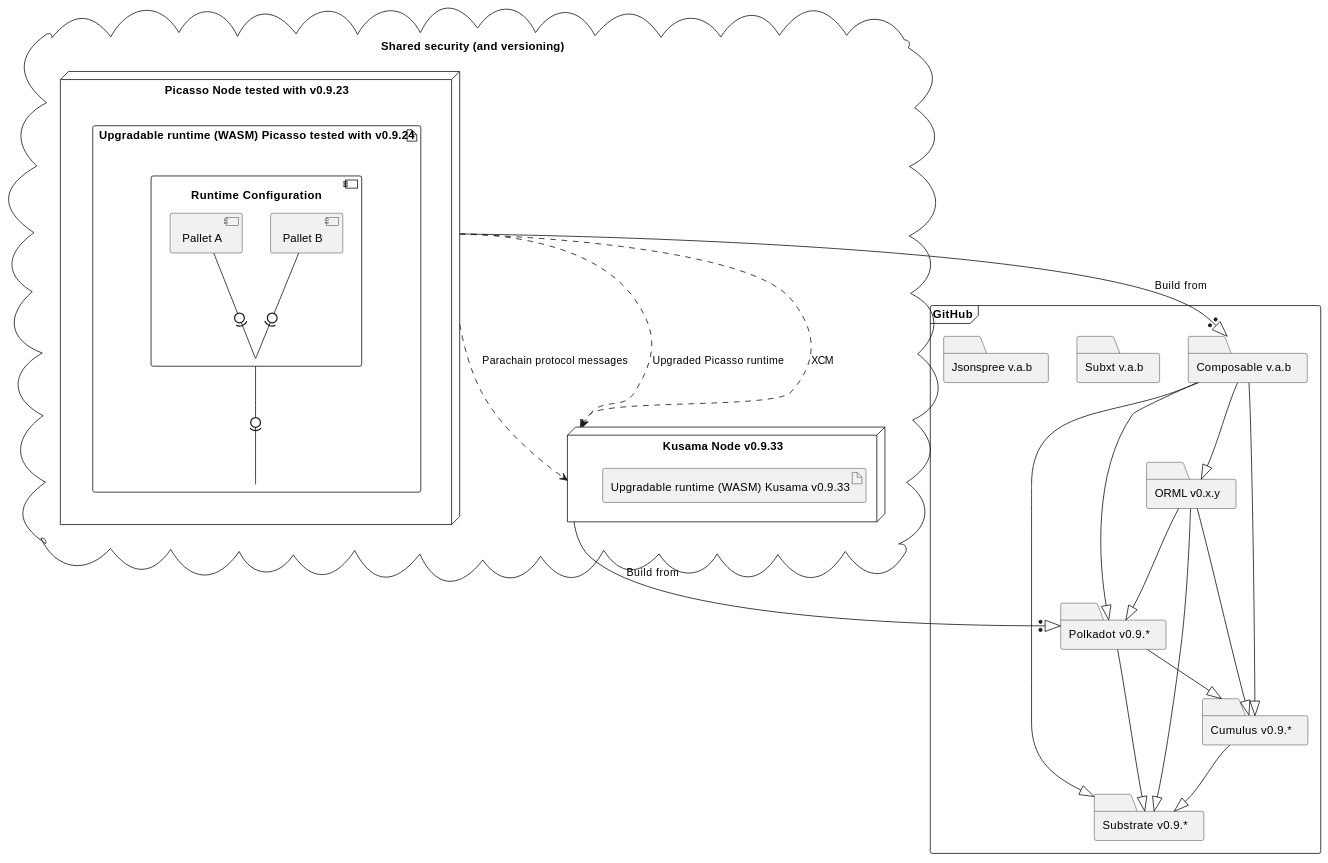
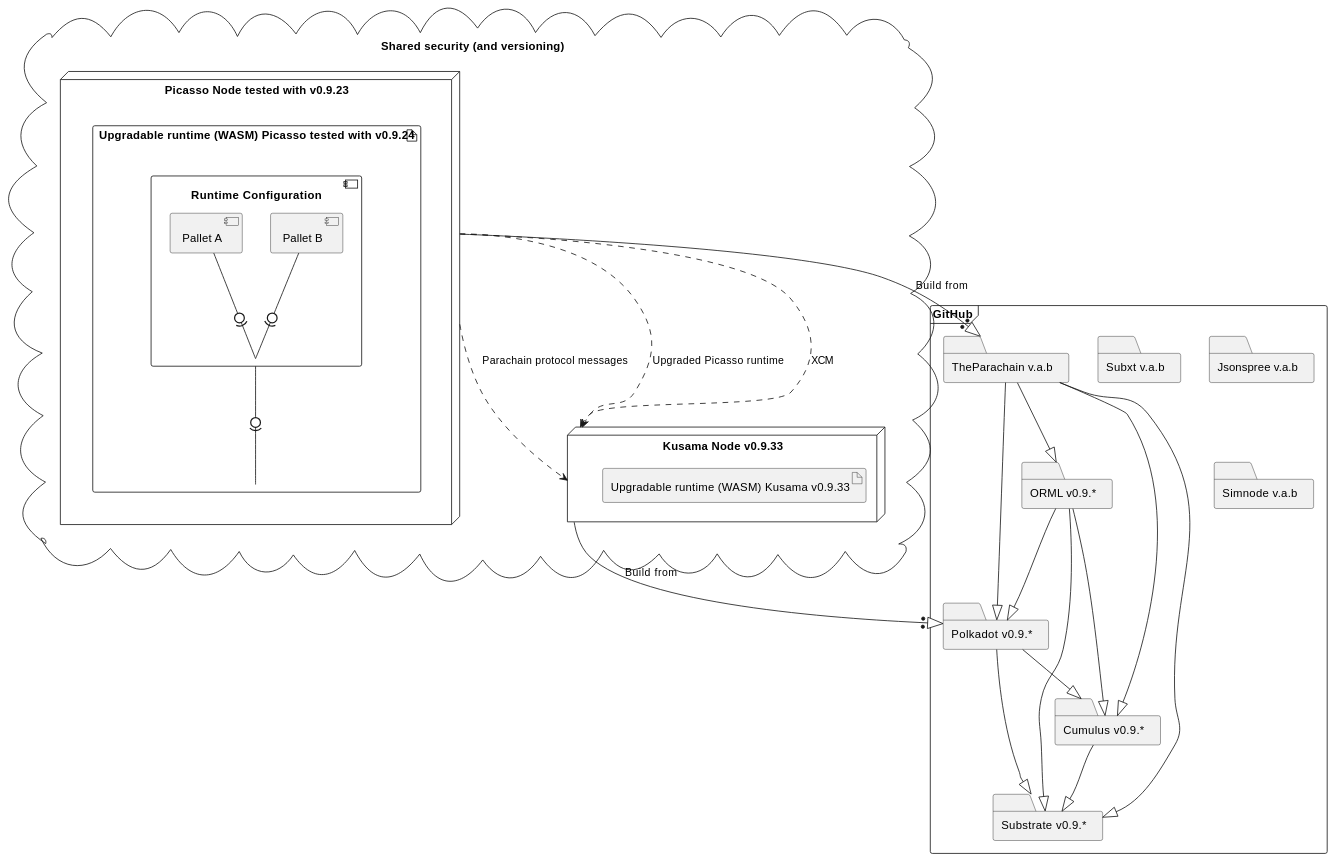
Before and after one commit to dzmitry-lahoda/lahoda-xyz: the diagram in articles/How to upgrade depenendencies Dotstama Cumulus Substrate.md, drawn with PlantUML. The commit also changed other lines of this file, not shown here.

````diff
--- a/articles/How to upgrade depenendencies Dotstama Cumulus Substrate.md
+++ b/articles/How to upgrade depenendencies Dotstama Cumulus Substrate.md
@@ -36,52 +38,53 @@
 ```plantuml
 @startuml
 
 frame "GitHub" as github {
     folder "Substrate v0.9.*" as substrate
     folder "Cumulus v0.9.*" as cumulus
     folder "Polkadot v0.9.*" as polkadot
-    folder "ORML v0.x.y" as orml 
-    folder "Composable v.a.b" as composable 
+    folder "ORML v0.9.*" as orml 
+    folder "TheParachain v.a.b" as TheParachain 
     folder "Subxt v.a.b" as subxt 
     folder "Jsonspree v.a.b" as jsonspree 
+    folder "Simnode v.a.b" as simnode 
 }
 
 cloud "Shared security (and versioning)" {
     node "Picasso Node tested with v0.9.23" as picasso {
         artifact "Upgradable runtime (WASM) Picasso tested with v0.9.24" as picasso_runtime {
             component "Runtime Configuration" as runtime_configuration {
                     component "Pallet A" as pallet_a
                     component "Pallet B" as pallet_b
             }
         }
     }
 
     node "Kusama Node v0.9.33" as kusama {
         artifact "Upgradable runtime (WASM) Kusama v0.9.33" as kusama_runtime
     } 
 }
 
 picasso -.-> kusama : Upgraded Picasso runtime
 picasso -.-> kusama : XCM
 picasso -.-> kusama : Parachain protocol messages
 pallet_a -0)- runtime_configuration
 pallet_b -0)- runtime_configuration
 runtime_configuration -0)- picasso_runtime
 
 cumulus --^ substrate
 polkadot --^ cumulus
 polkadot --^ substrate
 orml --^ substrate
 orml --^ cumulus
 orml --^ polkadot
-composable --^ substrate
-composable --^ cumulus
-composable --^ polkadot
-composable --^ orml
+TheParachain --^ substrate
+TheParachain --^ cumulus
+TheParachain --^ polkadot
+TheParachain --^ orml
 
-picasso --:|> composable: Build from
+picasso --:|> TheParachain: Build from
 kusama --:|> polkadot: Build from
 
 
 @enduml
 ```
````
